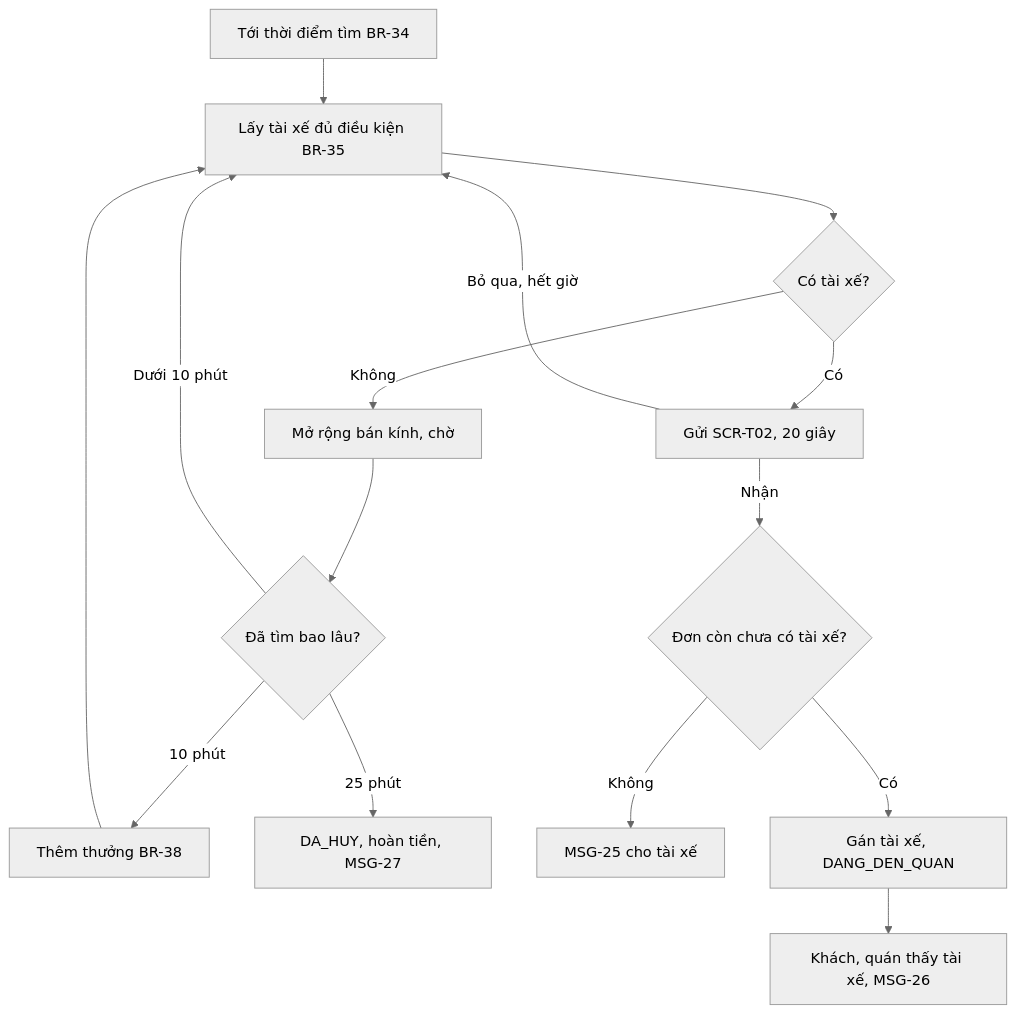
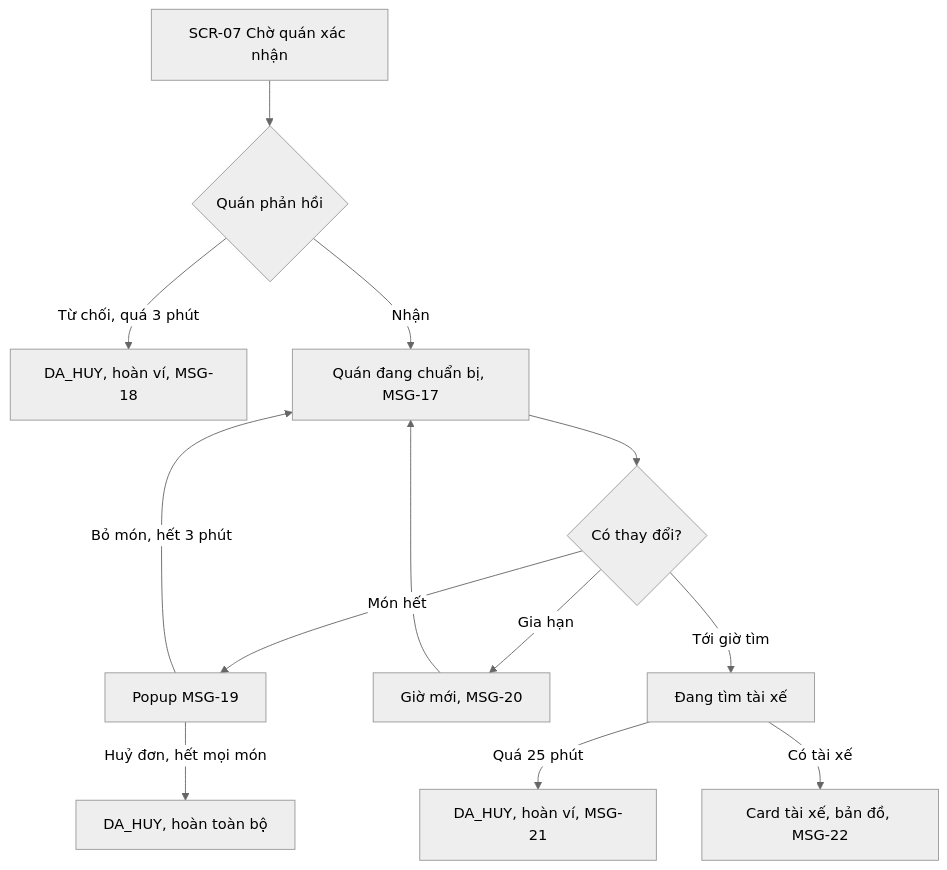
The eighth of 15 diagrams in docs/SRS.md (uxfoundation-vn/de06-dat-ship-do-an), drawn with Mermaid (neutral theme) before and after one commit. The commit also changed other lines of this file and 2 other files, not shown here.

First line of the commit message:
Đề 6: chỉ giữ luồng của khách

````diff
--- a/docs/SRS.md
+++ b/docs/SRS.md
@@ -610,16 +424,14 @@
 ```mermaid
 flowchart TD
-  A["Tới thời điểm tìm BR-34"] --> B["Lấy tài xế đủ điều kiện BR-35"]
-  B --> C{"Có tài xế?"}
-  C -->|Không| D["Mở rộng bán kính, chờ"]
-  D --> E{"Đã tìm bao lâu?"}
-  E -->|10 phút| E1["Thêm thưởng BR-38"] --> B
-  E -->|25 phút| E2["DA_HUY, hoàn tiền, MSG-27"]
-  E -->|Dưới 10 phút| B
-  C -->|Có| F["Gửi SCR-T02, 20 giây"]
-  F -->|Bỏ qua, hết giờ| B
-  F -->|Nhận| G{"Đơn còn chưa có tài xế?"}
-  G -->|Không| G1["MSG-25 cho tài xế"]
-  G -->|Có| H["Gán tài xế, DANG_DEN_QUAN"]
-  H --> I["Khách, quán thấy tài xế, MSG-26"]
+  A["SCR-07 Chờ quán xác nhận"] --> B{"Quán phản hồi"}
+  B -->|Từ chối, quá 3 phút| X["DA_HUY, hoàn ví, MSG-18"]
+  B -->|Nhận| C["Quán đang chuẩn bị, MSG-17"]
+  C --> D{"Có thay đổi?"}
+  D -->|Món hết| E["Popup MSG-19"]
+  E -->|Bỏ món, hết 3 phút| C
+  E -->|Huỷ đơn, hết mọi món| X2["DA_HUY, hoàn toàn bộ"]
+  D -->|Gia hạn| F["Giờ mới, MSG-20"] --> C
+  D -->|Tới giờ tìm| G["Đang tìm tài xế"]
+  G -->|Quá 25 phút| X3["DA_HUY, hoàn ví, MSG-21"]
+  G -->|Có tài xế| H["Card tài xế, bản đồ, MSG-22"]
 ```
````
